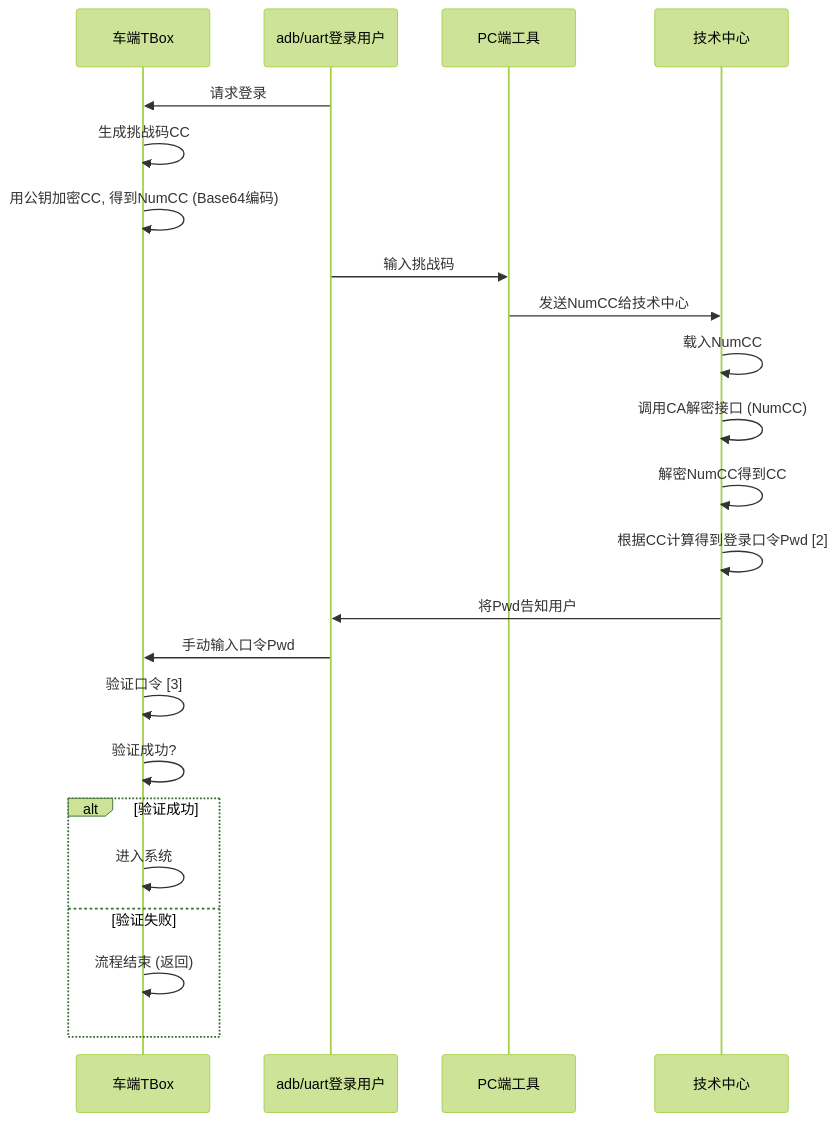
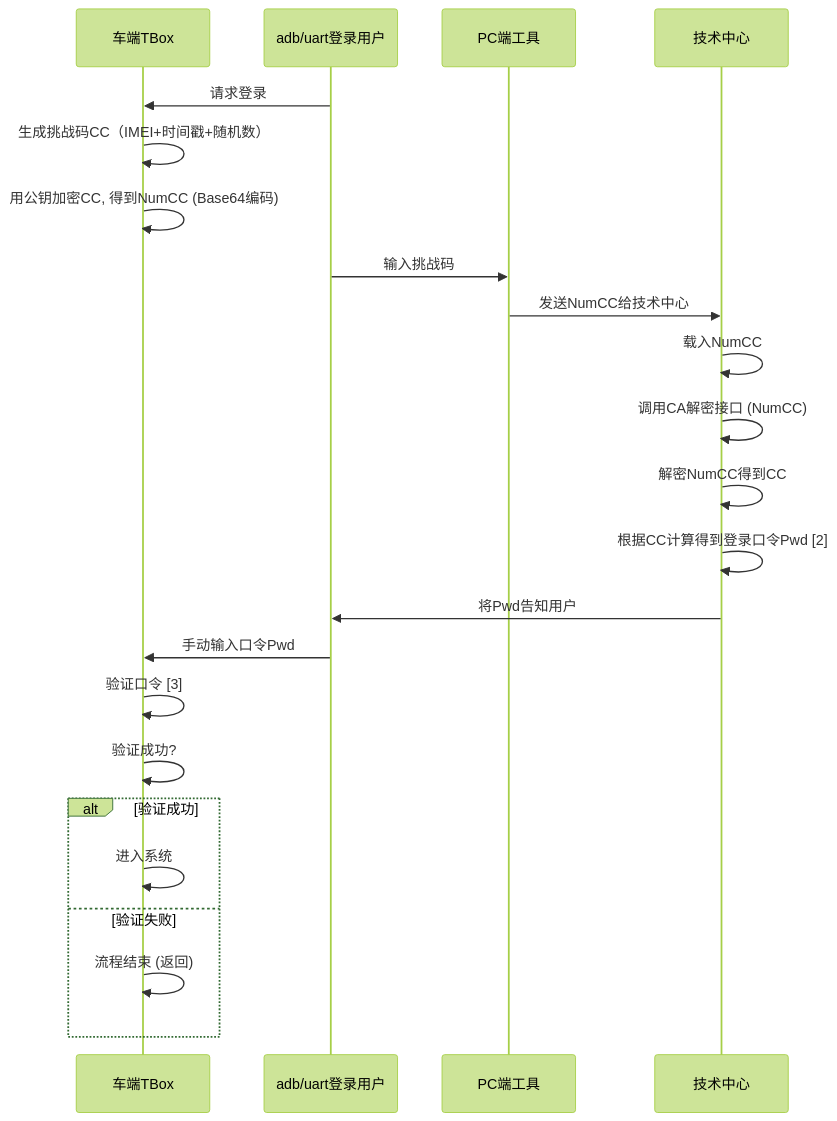
One commit to facebook-cloud/iodraw-files changed the diagram in all/未命名-13.md. Above: the diagram before and after it, drawn with Mermaid (forest theme).

Commit message:
2026-01-26 18:46:53 update

````diff
--- a/all/未命名-13.md
+++ b/all/未命名-13.md
@@ -1,29 +1,29 @@
 ```mermaid
 sequenceDiagram
     participant tbox as 车端TBox
     participant user as adb/uart登录用户
     participant pc as PC端工具
     participant tech_center as 技术中心
   
 
     user->>tbox: 请求登录
-    tbox->>tbox: 生成挑战码CC
+    tbox->>tbox: 生成挑战码CC（IMEI+时间戳+随机数）
     tbox->>tbox: 用公钥加密CC, 得到NumCC (Base64编码)
     user->>pc: 输入挑战码
     pc->>tech_center: 发送NumCC给技术中心
     tech_center->>tech_center: 载入NumCC
     tech_center->>tech_center: 调用CA解密接口 (NumCC)
     tech_center->>tech_center: 解密NumCC得到CC
     tech_center->>tech_center: 根据CC计算得到登录口令Pwd [2]
     tech_center->>user: 将Pwd告知用户
     user->>tbox: 手动输入口令Pwd
     tbox->>tbox: 验证口令 [3]
     tbox->>tbox: 验证成功?
     alt 验证成功
         tbox->>tbox: 进入系统
     else 验证失败
         tbox->>tbox: 流程结束 (返回)
     end
 
 
 ```
````
